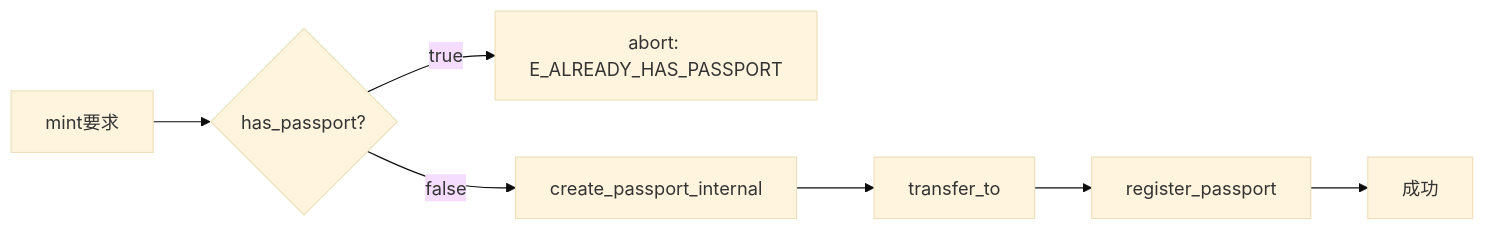
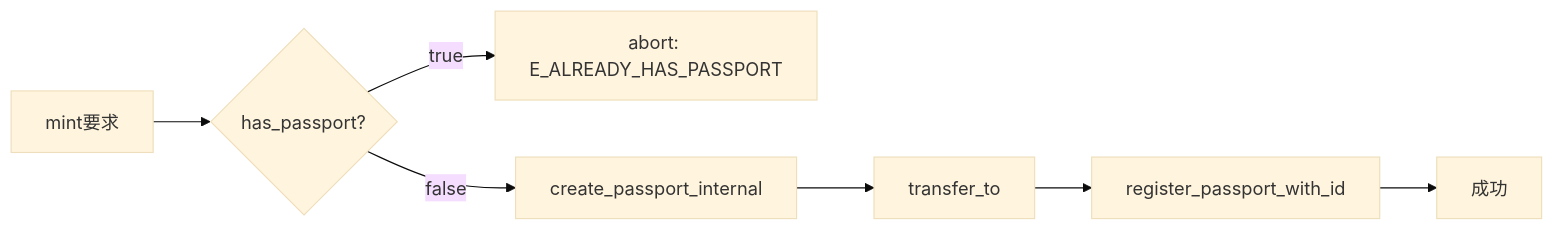
The third of 6 diagrams in docs/contract.md (UnagiLabs/cure_pocket), drawn with Mermaid (base theme) before and after one commit. The commit also changed other lines of this file, not shown here.

````diff
--- a/docs/contract.md
+++ b/docs/contract.md
@@ -190,9 +195,9 @@
 ```mermaid
 graph LR
     A[mint要求] --> B{has_passport?}
     B -->|true| C[abort: E_ALREADY_HAS_PASSPORT]
     B -->|false| D[create_passport_internal]
     D --> E[transfer_to]
-    E --> F[register_passport]
+    E --> F[register_passport_with_id]
     F --> G[成功]
 ```
````
